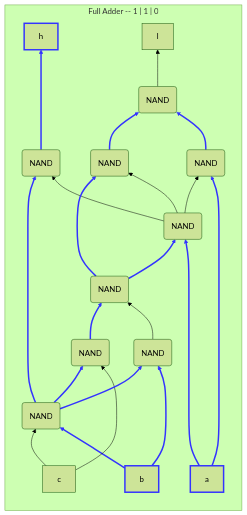
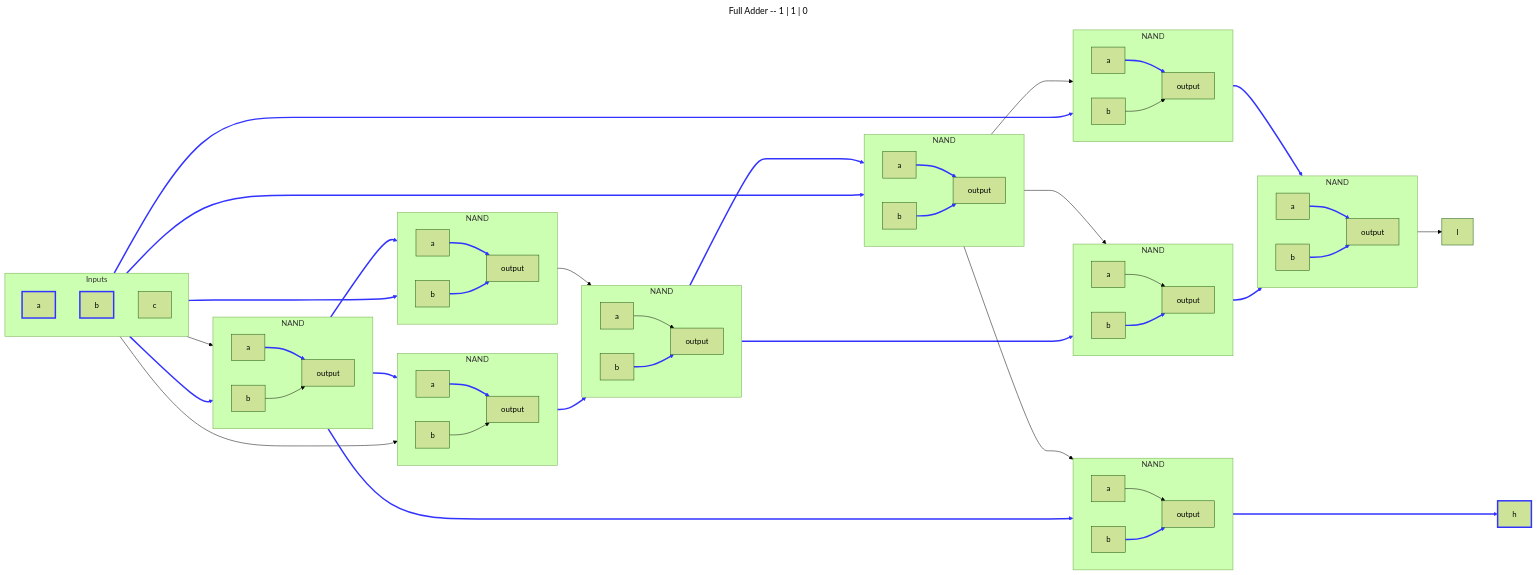
Before and after one commit to DaveyJH/nandgame: the fifth of 9 diagrams in arithmetic/full-adder.md, drawn with Mermaid (forest theme). The commit also changed other lines of this file, not shown here.

Commit message:
feat: Update Full Adder to new style

````diff
--- a/arithmetic/full-adder.md
+++ b/arithmetic/full-adder.md
@@ -122,33 +409,97 @@
 ```mermaid
-flowchart BT
-subgraph "Full Adder -- 1 | 1 | 0"
-direction BT
+---
+title: Full Adder -- 1 | 1 | 0
+---
+flowchart LR;
 
-a[a]:::ON----->n1(NAND) & n2(NAND);
-b[b]:::ON-->n3(NAND) & n4(NAND);
-c[c]-->n4 & n5(NAND);
-n1-->n2 & n6(NAND) & n8(NAND);
-n2-->n9(NAND);
-n3-->n7(NAND);
-n4-->n3 & n6 & n5;
-n5-->n7;
-n6--->h[h]:::ON;
-n7-->n8 & n1;
-n8-->n9;
-n9-->l[l];
+subgraph n1 [NAND];
+  direction LR;
+  n1ina[a] & n1inb[b] --> n1o[output];
+end;
+
+subgraph n2 [NAND];
+  direction LR;
+  n2ina[a] & n2inb[b] --> n2o[output];
+end;
+
+subgraph n3 [NAND];
+  direction LR;
+  n3ina[a] & n3inb[b] --> n3o[output];
+end;
+
+subgraph n4 [NAND];
+  direction LR;
+  n4ina[a] & n4inb[b] --> n4o[output];
+end;
+
+subgraph n5 [NAND];
+  direction LR;
+  n5ina[a] & n5inb[b] --> n5o[output];
+end;
+
+subgraph n6 [NAND];
+  direction LR;
+  n6ina[a] & n6inb[b] --> n6o[output];
+end;
+
+subgraph n7 [NAND];
+  direction LR;
+  n7ina[a] & n7inb[b] --> n7o[output];
+end;
+
+subgraph n8 [NAND];
+  direction LR;
+  n8ina[a] & n8inb[b] --> n8o[output];
+end;
+
+subgraph n9 [NAND];
+  direction LR;
+  n9ina[a] & n9inb[b] --> n9o[output];
+end;
+
+subgraph inputs [Inputs];
+  direction TB;
+  a[a];
+  b[b];
+  c[c];
+end;
+
+a[a]:::ON ---------> n1inb & n2ina;
+b[b]:::ON --> n3ina & n4ina;
+c[c] --> n4inb & n5inb;
+n1o ---> n2inb & n6ina & n9ina;
+n2o --> n7ina;
+n3o --> n8ina;
+n4o --> n3inb & n5ina & n6inb;
+n5o --> n8inb;
+n6o ----> h[h]:::ON;
+n7o --> l[l];
+n8o --> n1ina & n9inb;
+n9o --> n7inb;
 classDef ON stroke:#33f,stroke-width:3px;
 linkStyle 0 stroke:#33f,stroke-width:3px;
 linkStyle 1 stroke:#33f,stroke-width:3px;
 linkStyle 2 stroke:#33f,stroke-width:3px;
-linkStyle 3 stroke:#33f,stroke-width:3px;
-linkStyle 9 stroke:#33f,stroke-width:3px;
+linkStyle 4 stroke:#33f,stroke-width:3px;
+linkStyle 5 stroke:#33f,stroke-width:3px;
+linkStyle 6 stroke:#33f,stroke-width:3px;
+linkStyle 8 stroke:#33f,stroke-width:3px;
 linkStyle 11 stroke:#33f,stroke-width:3px;
 linkStyle 12 stroke:#33f,stroke-width:3px;
 linkStyle 13 stroke:#33f,stroke-width:3px;
-linkStyle 14 stroke:#33f,stroke-width:3px;
 linkStyle 15 stroke:#33f,stroke-width:3px;
-linkStyle 16 stroke:#33f,stroke-width:3px;
 linkStyle 17 stroke:#33f,stroke-width:3px;
 linkStyle 18 stroke:#33f,stroke-width:3px;
-end
+linkStyle 19 stroke:#33f,stroke-width:3px;
+linkStyle 20 stroke:#33f,stroke-width:3px;
+linkStyle 21 stroke:#33f,stroke-width:3px;
+linkStyle 27 stroke:#33f,stroke-width:3px;
+linkStyle 29 stroke:#33f,stroke-width:3px;
+linkStyle 30 stroke:#33f,stroke-width:3px;
+linkStyle 31 stroke:#33f,stroke-width:3px;
+linkStyle 32 stroke:#33f,stroke-width:3px;
+linkStyle 33 stroke:#33f,stroke-width:3px;
+linkStyle 35 stroke:#33f,stroke-width:3px;
+linkStyle 36 stroke:#33f,stroke-width:3px;
+linkStyle 37 stroke:#33f,stroke-width:3px;
 ```
````
